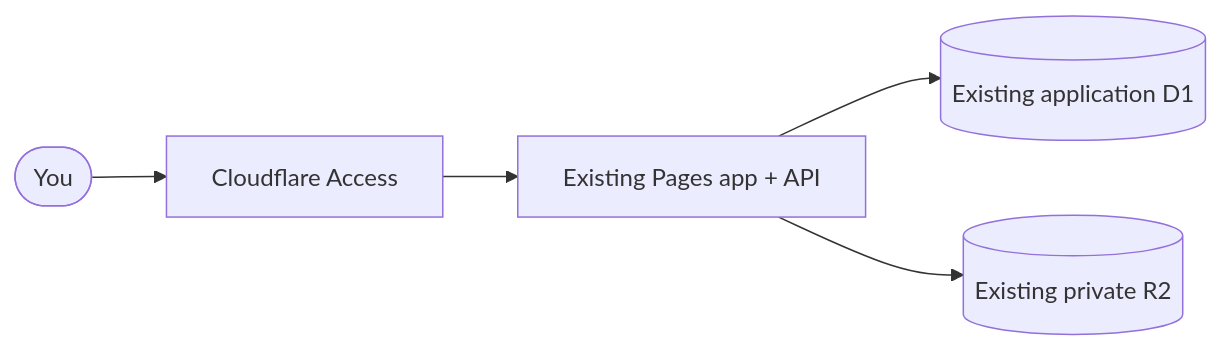
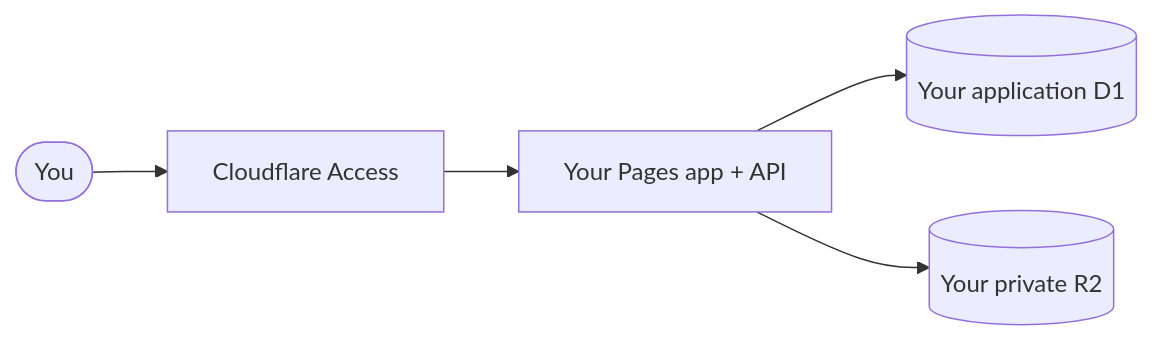
Before and after one commit to Simplificatedd/JobApplicationTracker: the diagram in README.md, drawn with Mermaid. The commit also changed other lines of this file and 3 other files, not shown here.

````diff
--- a/README.md
+++ b/README.md
@@ -86,7 +93,7 @@
 ```mermaid
 flowchart LR
     You([You]) --> Access[Cloudflare Access]
-    Access --> Pages[Existing Pages app + API]
-    Pages --> D1[(Existing application D1)]
-    Pages --> R2[(Existing private R2)]
+    Access --> Pages[Your Pages app + API]
+    Pages --> D1[(Your application D1)]
+    Pages --> R2[(Your private R2)]
 ```
````
